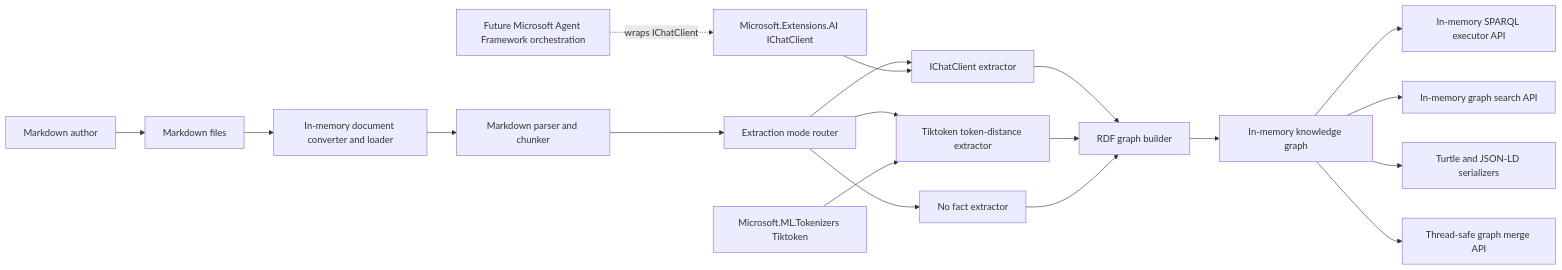
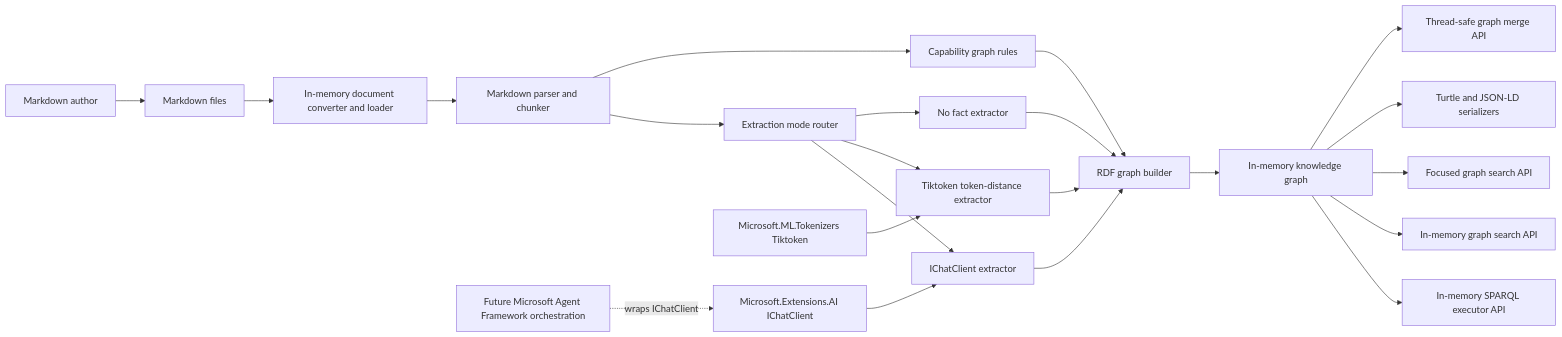
One commit to managedcode/markdown-ld-kb changed the first of 4 diagrams in docs/Architecture.md. Above: the diagram before and after it, drawn with Mermaid. The commit also changed other lines of this file and 13 other files, not shown here.

````diff
--- a/docs/Architecture.md
+++ b/docs/Architecture.md
@@ -17,21 +17,24 @@
 ```mermaid
 flowchart LR
     Author["Markdown author"] --> MarkdownFiles["Markdown files"]
     MarkdownFiles --> Loader["In-memory document converter and loader"]
     Loader --> Parser["Markdown parser and chunker"]
     Parser --> Router["Extraction mode router"]
+    Parser --> Rules["Capability graph rules"]
     Router --> ChatExtractor["IChatClient extractor"]
     Router --> TokenExtractor["Tiktoken token-distance extractor"]
     Router --> NoExtractor["No fact extractor"]
+    Rules --> Builder
     ChatExtractor --> Builder["RDF graph builder"]
     TokenExtractor --> Builder
     NoExtractor --> Builder
     Builder --> Graph["In-memory knowledge graph"]
     Graph --> Sparql["In-memory SPARQL executor API"]
     Graph --> Search["In-memory graph search API"]
+    Graph --> Focused["Focused graph search API"]
     Graph --> Serializers["Turtle and JSON-LD serializers"]
     Graph --> Merge["Thread-safe graph merge API"]
     IChatClient["Microsoft.Extensions.AI IChatClient"] --> ChatExtractor
     Tokenizer["Microsoft.ML.Tokenizers Tiktoken"] --> TokenExtractor
     AgentFramework["Future Microsoft Agent Framework orchestration"] -. "wraps IChatClient" .-> IChatClient
 ```
````
